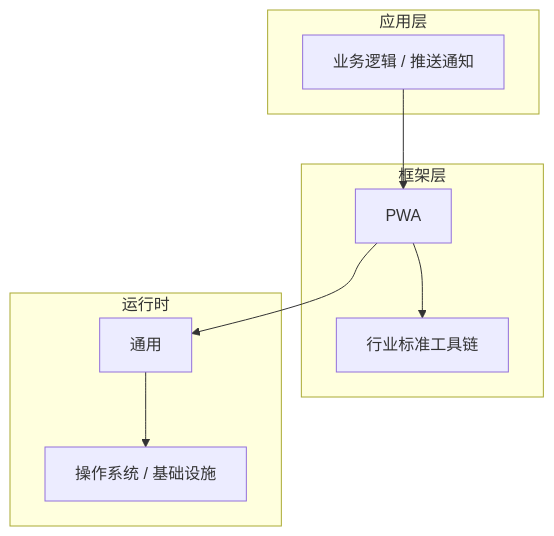
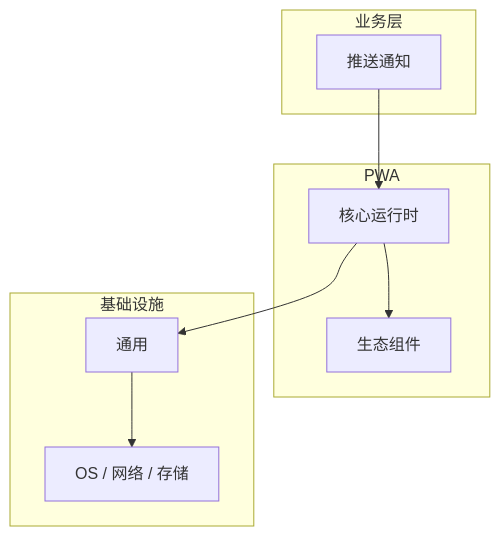
Before and after one commit to yanggan2015/knowledge-json-v2: the diagram in articles/PWA/chapters/025-推送通知核心概念与原理.md, drawn with Mermaid. The commit also changed other lines of this file and 10127 other files, not shown here.

````diff
--- a/articles/PWA/chapters/025-推送通知核心概念与原理.md
+++ b/articles/PWA/chapters/025-推送通知核心概念与原理.md
@@ -45,18 +34,18 @@
 ```mermaid
 graph TB
-    subgraph 应用层
-        A[业务逻辑 / 推送通知]
+    subgraph 业务层
+        A[推送通知]
     end
-    subgraph 框架层
-        B[PWA]
-        C[行业标准工具链]
+    subgraph PWA
+        B[核心运行时]
+        C[生态组件]
     end
-    subgraph 运行时
+    subgraph 基础设施
         D[通用]
-        E[操作系统 / 基础设施]
+        E[OS / 网络 / 存储]
     end
     A --> B
     B --> C
     B --> D
     D --> E
 ```
````
